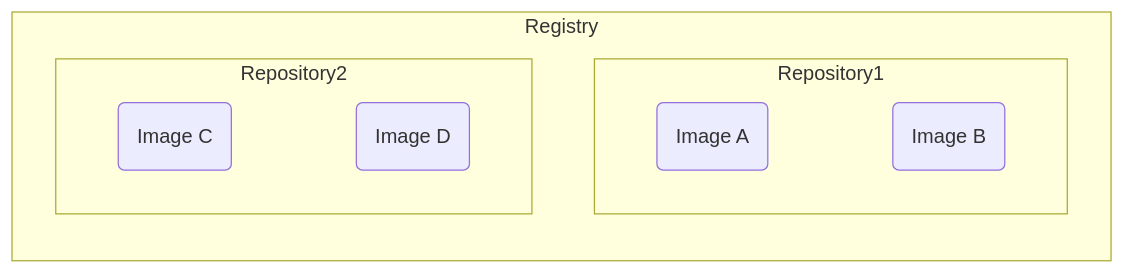
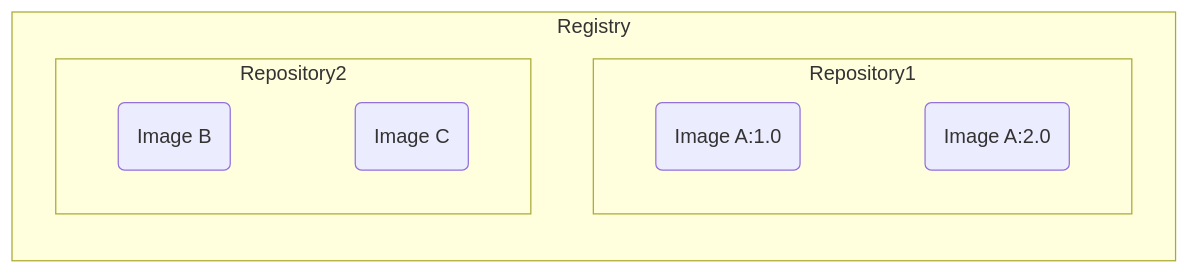
The diagram in Tools/Docker/4 - Docker Hub.draft.md (bingyangchen/KM-software), drawn with Mermaid before and after one commit. The commit also changed 26 other files, not shown here.

````diff
--- a/Tools/Docker/4 - Docker Hub.draft.md
+++ b/Tools/Docker/4 - Docker Hub.draft.md
@@ -9,15 +9,15 @@
 ```mermaid
 flowchart LR
-    id1("Image A")
-    id2("Image B")
-    id3("Image C")
-    id4("Image D")
+    id1("Image A:1.0")
+    id2("Image A:2.0")
+    id3("Image B")
+    id4("Image C")
     subgraph Registry
         subgraph Repository1
-        id1 ~~~ id2
+            id1 ~~~ id2
         end
         subgraph Repository2
-        id3 ~~~ id4
+            id3 ~~~ id4
         end
     end
 ```
````
